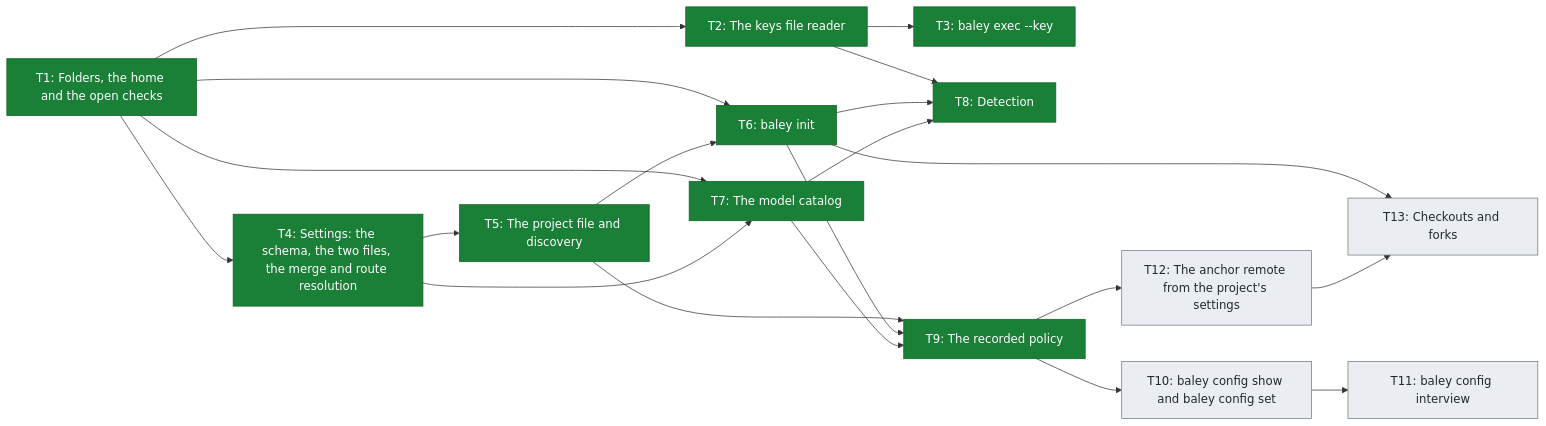
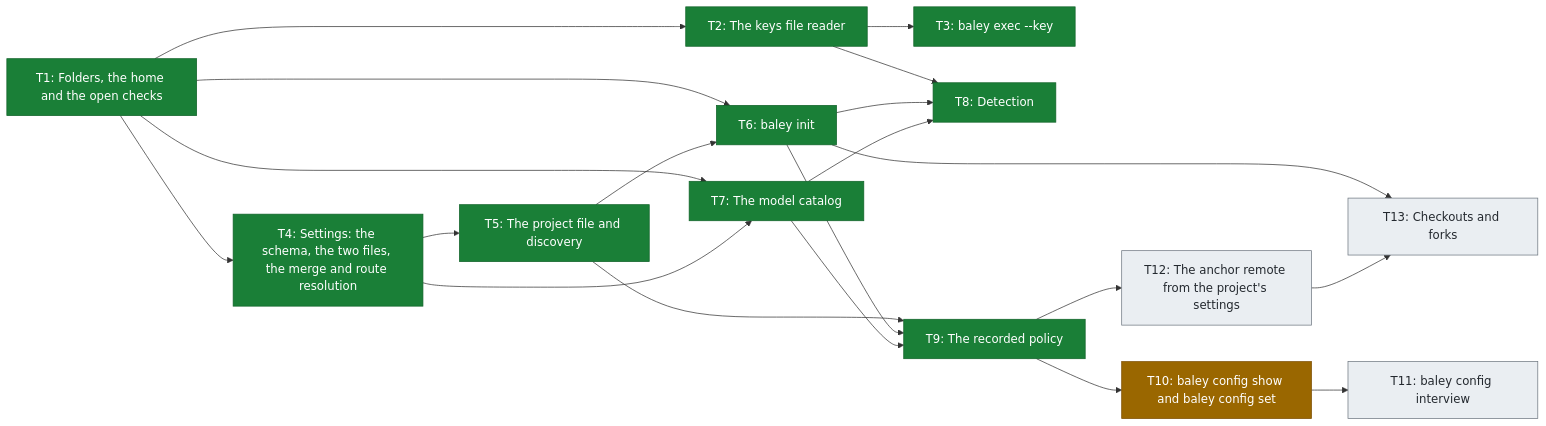
One commit to crenshawdev/baley changed the third of 3 diagrams in docs/roadmap.md. Above: the diagram before and after it, drawn with Mermaid. The commit also changed other lines of this file, not shown here.

Commit message:
docs(roadmap): show build 2 t10 in progress on the roadmap
Config show and config set are built on this branch, so the T10 row, figure 3
and the status line move it from planned to in progress.

````diff
--- a/docs/roadmap.md
+++ b/docs/roadmap.md
@@ -100,41 +100,43 @@
 ```mermaid
 flowchart LR
     T1["T1: Folders, the home and the open checks"]
     T2["T2: The keys file reader"]
     T3["T3: baley exec --key"]
     T4["T4: Settings: the schema, the two files, the merge and route resolution"]
     T5["T5: The project file and discovery"]
     T6["T6: baley init"]
     T7["T7: The model catalog"]
     T8["T8: Detection"]
     T9["T9: The recorded policy"]
     T10["T10: baley config show and baley config set"]
     T11["T11: baley config interview"]
     T12["T12: The anchor remote from the project's settings"]
     T13["T13: Checkouts and forks"]
 
     T1 --> T2
     T1 --> T4
     T1 --> T6
     T1 --> T7
     T2 --> T3
     T2 --> T8
     T4 --> T5
     T4 --> T7
     T5 --> T6
     T5 --> T9
     T6 --> T8
     T6 --> T9
     T6 --> T13
     T7 --> T8
     T7 --> T9
     T9 --> T10
     T9 --> T12
     T10 --> T11
     T12 --> T13
 
     classDef done fill:#1a7f37,stroke:#116329,color:#ffffff
     classDef planned fill:#eaeef2,stroke:#6e7781,color:#24292f
+    classDef progress fill:#9a6700,stroke:#7d4e00,color:#ffffff
     class T1,T2,T3,T4,T5,T6,T7,T8,T9 done
-    class T10,T11,T12,T13 planned
+    class T10 progress
+    class T11,T12,T13 planned
 ```
````
